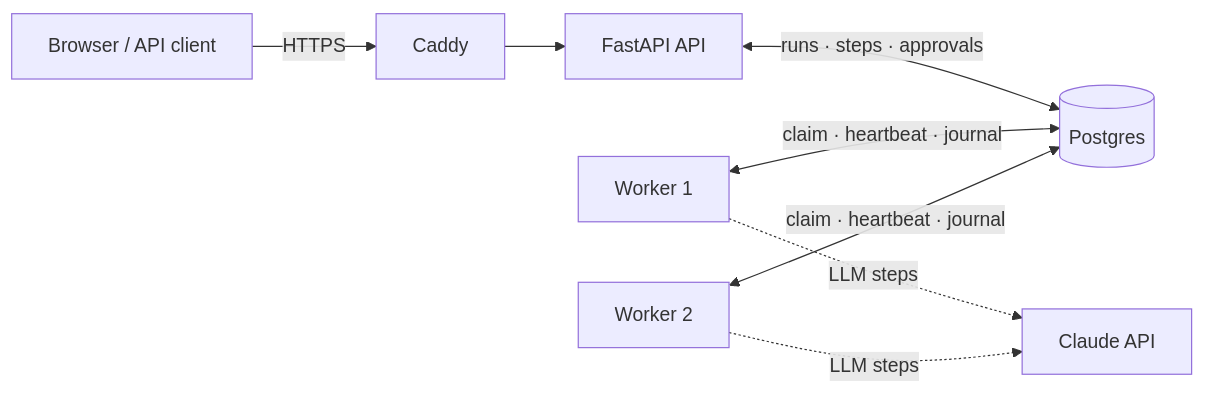
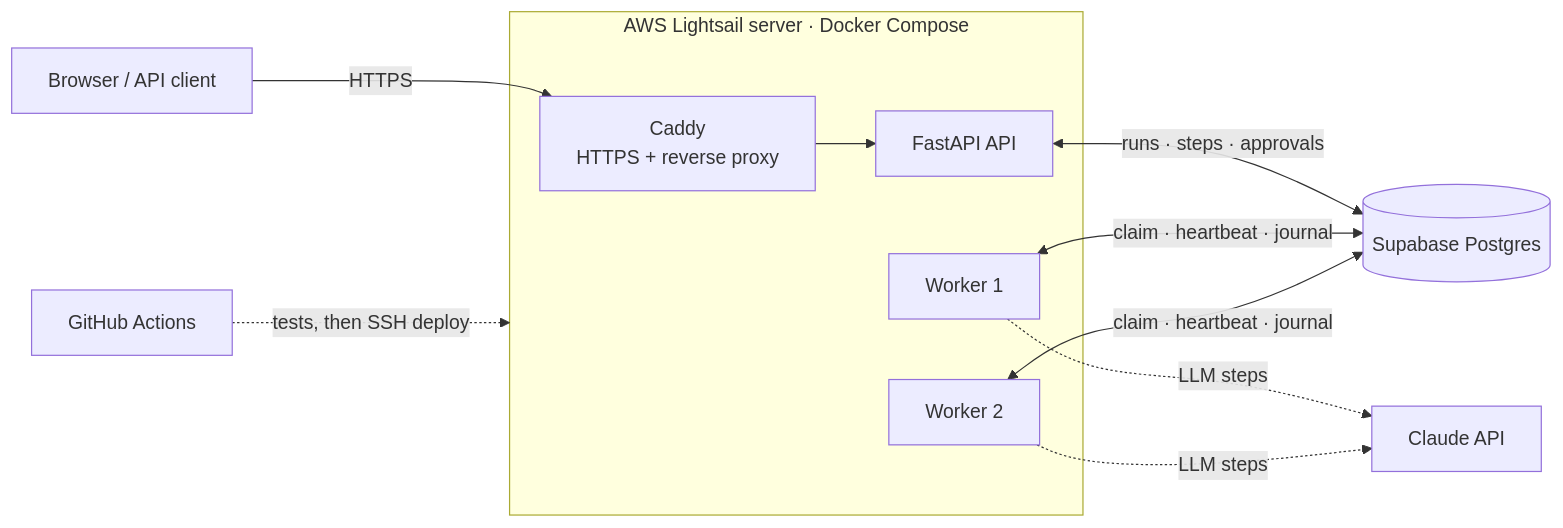
One commit to philxlz06/agent-runtime changed the first of 2 diagrams in README.md. Above: the diagram before and after it, drawn with Mermaid. The commit also changed other lines of this file, not shown here.

````diff
--- a/README.md
+++ b/README.md
@@ -55,10 +54,15 @@
 ```mermaid
 flowchart LR
-    U[Browser / API client] -->|HTTPS| C[Caddy]
-    C --> A[FastAPI API]
-    A <-->|runs · steps · approvals| P[(Postgres)]
-    W1[Worker 1] <-->|claim · heartbeat · journal| P
-    W2[Worker 2] <-->|claim · heartbeat · journal| P
+    U[Browser / API client] -->|HTTPS| C
+    subgraph LS["AWS Lightsail server · Docker Compose"]
+        C[Caddy<br/>HTTPS + reverse proxy] --> A[FastAPI API]
+        W1[Worker 1]
+        W2[Worker 2]
+    end
+    A <-->|runs · steps · approvals| P[(Supabase Postgres)]
+    W1 <-->|claim · heartbeat · journal| P
+    W2 <-->|claim · heartbeat · journal| P
     W1 -.->|LLM steps| L[Claude API]
     W2 -.->|LLM steps| L
+    GH[GitHub Actions] -.->|tests, then SSH deploy| LS
 ```
````
